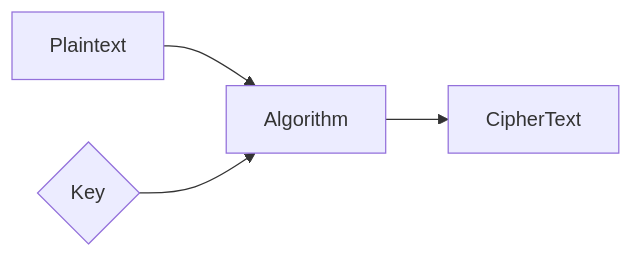
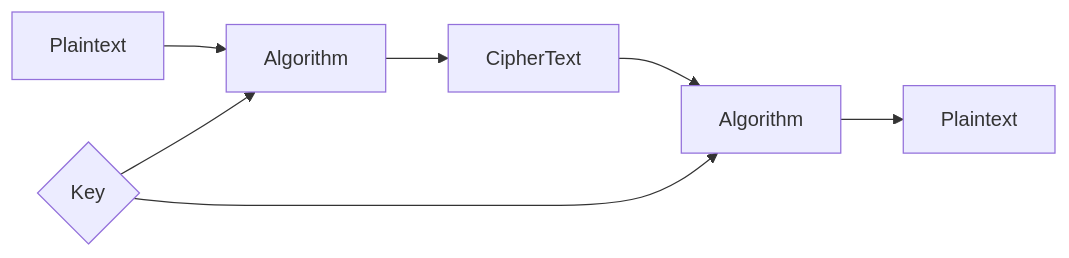
One commit to namaewafaisal/Obsidian_Vault changed the diagram in 00-Inbox/Basics of Cryptography.md. Above: the diagram before and after it, drawn with Mermaid. The commit also changed other lines of this file, not shown here.

````diff
--- a/00-Inbox/Basics of Cryptography.md
+++ b/00-Inbox/Basics of Cryptography.md
@@ -41,6 +42,9 @@
 ```mermaid
 graph LR
 A[Plaintext] --> B[Algorithm]
 K{Key} --> B
 B --> C[CipherText]
+C --> D[Algorithm]
+K --> D
+D --> N[Plaintext]
 ```
````
